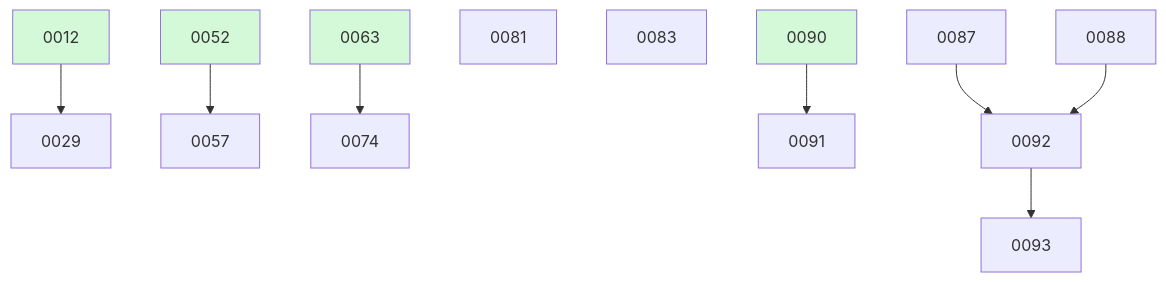
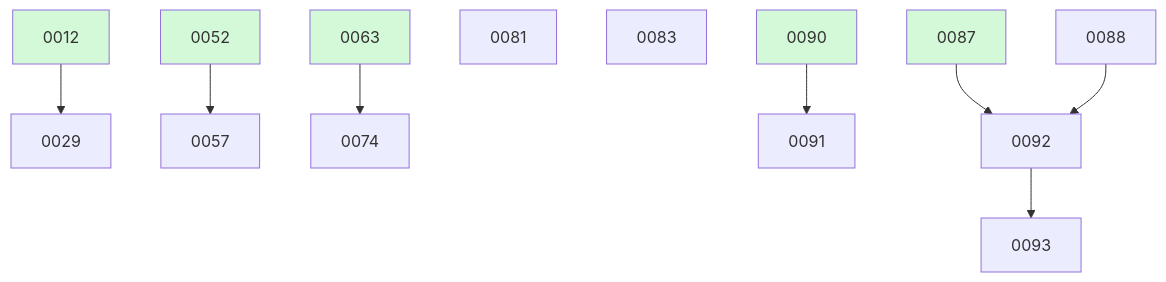
One commit to ethanhinson/fuse changed the diagram in docs/changes/BOARD.md. Above: the diagram before and after it, drawn with Mermaid. The commit also changed other lines of this file and 4 other files, not shown here.

````diff
--- a/docs/changes/BOARD.md
+++ b/docs/changes/BOARD.md
@@ -35,19 +34,19 @@
 ```mermaid
 graph TD
   0012 --> 0029
   0052 --> 0057
   0063 --> 0074
   0081
   0083
-  0087
   0088
   0090 --> 0091
   0087 --> 0092
   0088 --> 0092
   0092 --> 0093
   0012:::done
   0052:::done
   0063:::done
+  0087:::done
   0090:::done
   classDef done fill:#d3f9d8;
 ```
````
